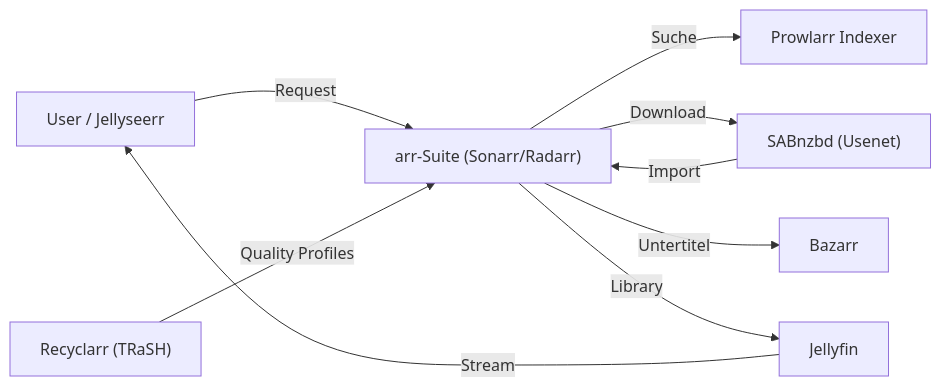
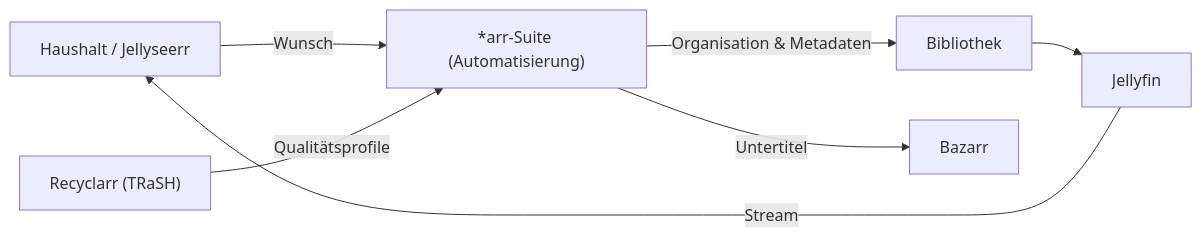
The diagram in src/content/case-studies/mediastack.mdx (VugasDev/portfolio), drawn with Mermaid before and after one commit. The commit also changed other lines of this file and 4 other files, not shown here.

````diff
--- a/src/content/case-studies/mediastack.mdx
+++ b/src/content/case-studies/mediastack.mdx
@@ -25,11 +27,9 @@
 ```mermaid
 flowchart LR
-  U["User / Jellyseerr"] -->|Request| ARR["arr-Suite (Sonarr/Radarr)"]
-  ARR -->|Suche| IDX["Prowlarr Indexer"]
-  ARR -->|Download| SAB["SABnzbd (Usenet)"]
-  SAB -->|Import| ARR
-  REC["Recyclarr (TRaSH)"] -->|"Quality Profiles"| ARR
+  U["Haushalt / Jellyseerr"] -->|Wunsch| ARR["*arr-Suite (Automatisierung)"]
+  ARR -->|"Organisation & Metadaten"| LIB["Bibliothek"]
+  REC["Recyclarr (TRaSH)"] -->|Qualitätsprofile| ARR
   ARR -->|Untertitel| BAZ["Bazarr"]
-  ARR -->|Library| JF["Jellyfin"]
+  LIB --> JF["Jellyfin"]
   JF -->|Stream| U
 ```
````
